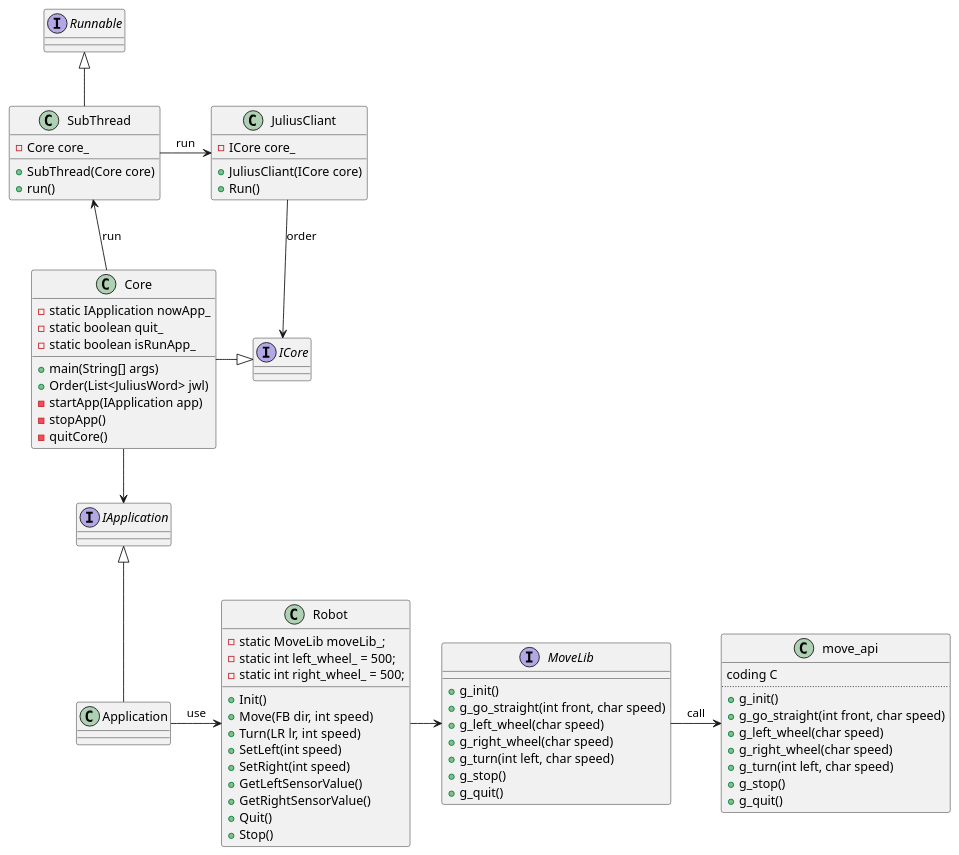
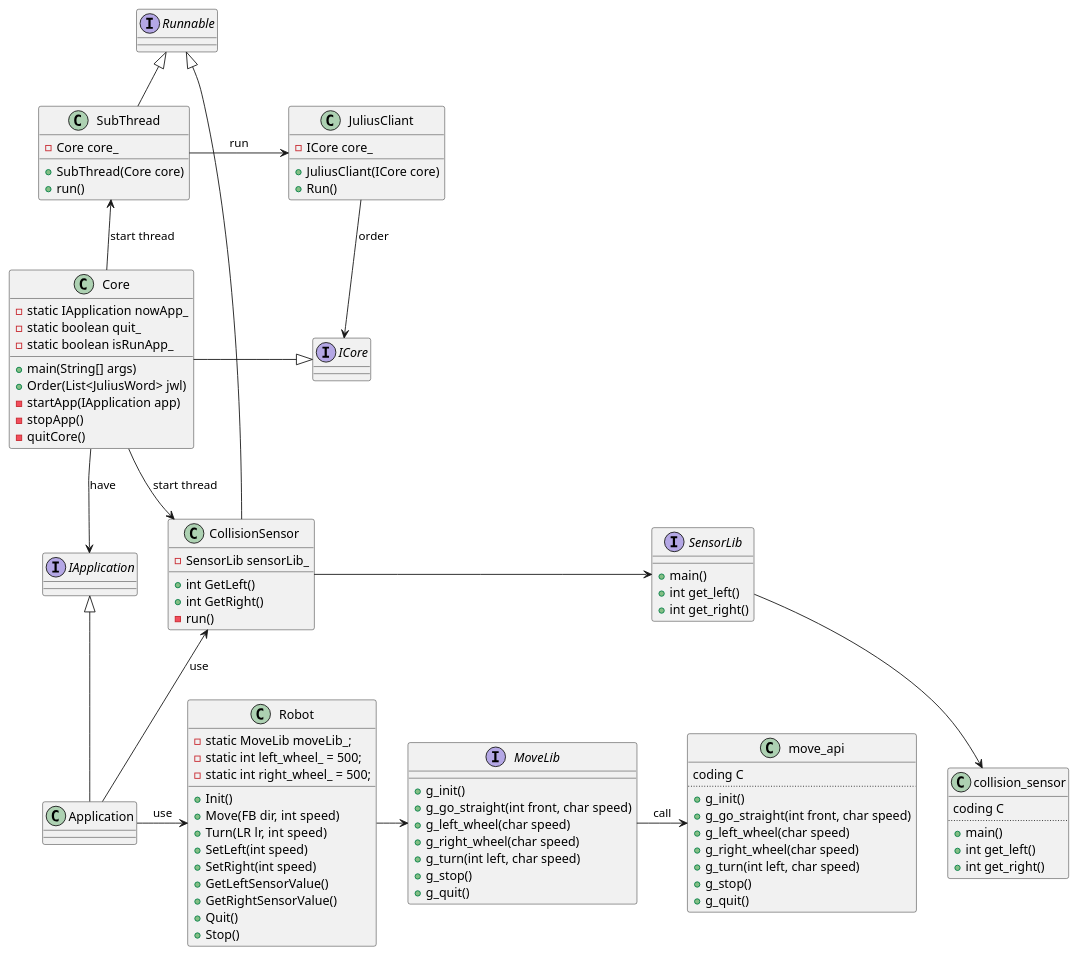
One commit to urotanke95/RobotPrograms changed the diagram in documents/software.pu. Above: the diagram before and after it, drawn with PlantUML. The commit also changed 3 other files, not shown here.

```diff
--- a/documents/software.pu
+++ b/documents/software.pu
@@ -1,80 +1,104 @@
 @startuml{software.html}
 class Robot{
     -static MoveLib moveLib_;
     -static int left_wheel_ = 500;
     -static int right_wheel_ = 500;
 
     + Init()
     + Move(FB dir, int speed)
     + Turn(LR lr, int speed)
     + SetLeft(int speed)
     + SetRight(int speed)
     + GetLeftSensorValue()
     + GetRightSensorValue()
     + Quit()
     + Stop()
 }
 interface MoveLib{
     + g_init()
     + g_go_straight(int front, char speed)
     + g_left_wheel(char speed)
     + g_right_wheel(char speed)
     + g_turn(int left, char speed)
     + g_stop()
     + g_quit()
 }
 interface ICore{
 
 }
 class Core{
     -static IApplication nowApp_
     -static boolean quit_
     -static boolean isRunApp_
     + main(String[] args)
     + Order(List<JuliusWord> jwl)
     - startApp(IApplication app)
     - stopApp()
     - quitCore()
 }
 interface IApplication{
 
 }
 class Application{
 
 }
 interface Runnable{
 
 }
 class SubThread{
     - Core core_
     +SubThread(Core core)
     +run()
 }
 class JuliusCliant{
     - ICore core_
     + JuliusCliant(ICore core)
     + Run()
 }
 class move_api{
     coding C
     ..
     + g_init()
     + g_go_straight(int front, char speed)
     + g_left_wheel(char speed)
     + g_right_wheel(char speed)
     + g_turn(int left, char speed)
     + g_stop()
     + g_quit()
 }
-Core -d-> IApplication
+class CollisionSensor{
+    - SensorLib sensorLib_
+    + int GetLeft()
+    + int GetRight()
+    - run()
+}
+interface SensorLib{
+    + main()
+    + int get_left()
+    + int get_right()
+}
+class collision_sensor{
+    coding C
+    ..
+    + main()
+    + int get_left()
+    + int get_right()
+}
+Core -d-> IApplication : have
 Application -u-|>IApplication
 Application -> Robot :use
 Robot -> MoveLib
 MoveLib -> move_api :call
 SubThread -u-|> Runnable
-Core -u-> SubThread : run
+Core -u-> SubThread : start thread
 SubThread -> JuliusCliant :run
 JuliusCliant -d-> ICore :order
 ICore <|-l-Core
+Core -d-> CollisionSensor : start thread
+CollisionSensor -u-|> Runnable
+CollisionSensor -l-> SensorLib
+SensorLib -d->collision_sensor
+Application -l-> CollisionSensor : use
+
 
 @enduml
```
